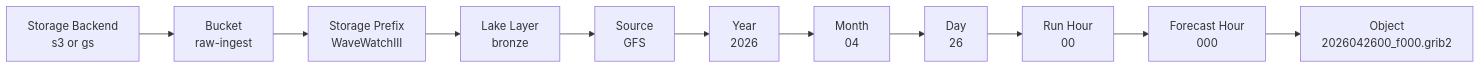
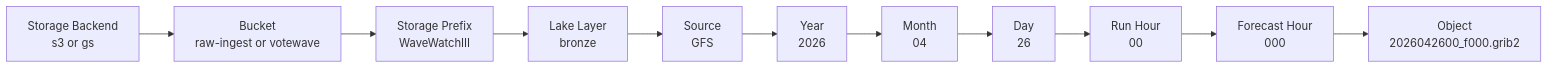
One commit to karlbernaldez/vote_training changed the first of 2 diagrams in Schema.md. Above: the diagram before and after it, drawn with Mermaid. The commit also changed 2 other files, not shown here.

Commit message:
feat: update Schema with diagram and update github action

````diff
--- a/Schema.md
+++ b/Schema.md
@@ -27,13 +27,13 @@
 ```mermaid
 flowchart LR
-    A[Storage Backend<br/>s3 or gs] --> B[Bucket<br/>raw-ingest]
+    A[Storage Backend<br/>s3 or gs] --> B[Bucket<br/>raw-ingest or votewave]
     B --> C[Storage Prefix<br/>WaveWatchIII]
     C --> D[Lake Layer<br/>bronze]
     D --> E[Source<br/>GFS]
     E --> F[Year<br/>2026]
     F --> G[Month<br/>04]
     G --> H[Day<br/>26]
     H --> I[Run Hour<br/>00]
     I --> J[Forecast Hour<br/>000]
     J --> K[Object<br/>2026042600_f000.grib2]
 ```
````
